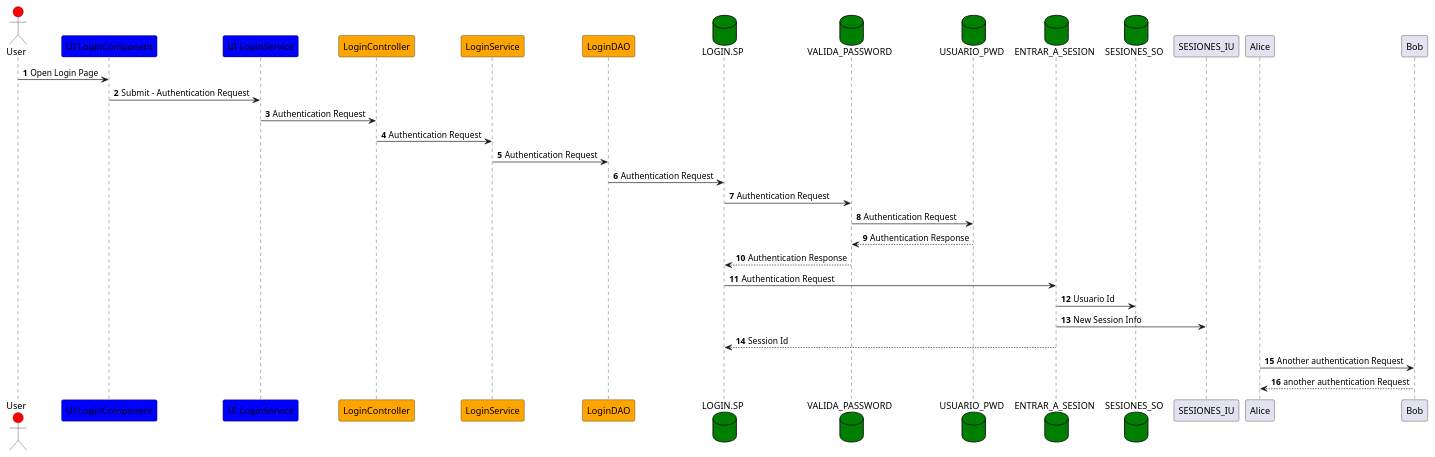
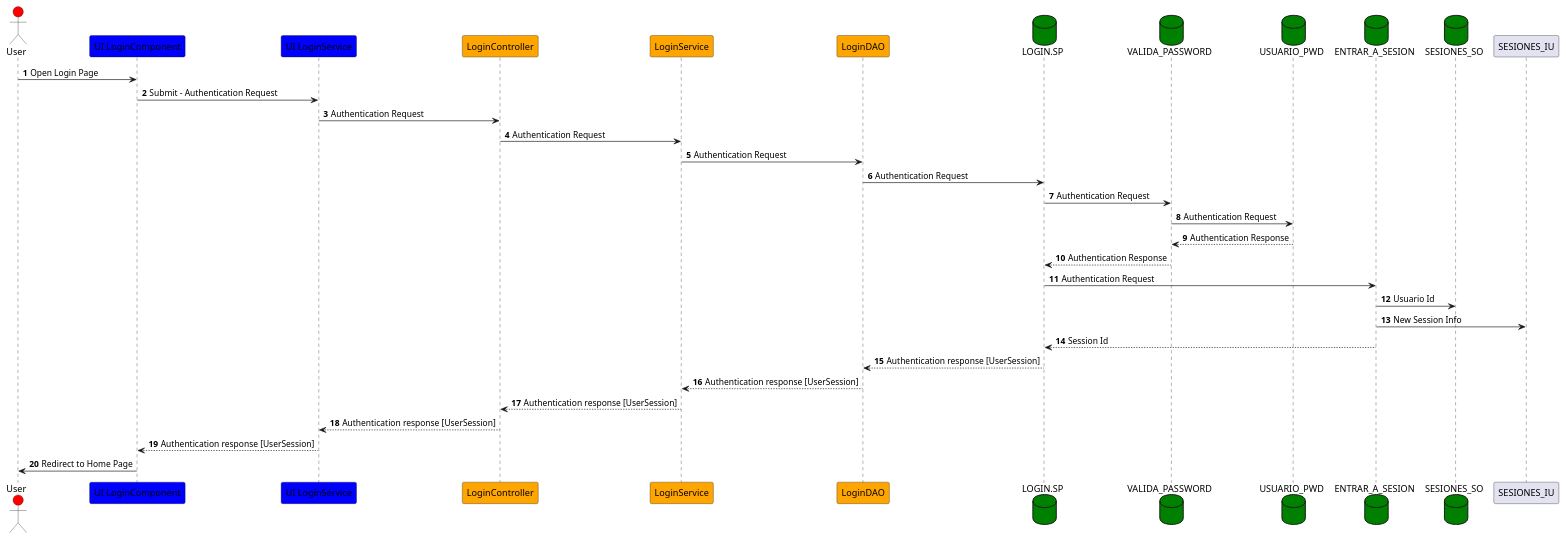
Before and after one commit to isidrolv/home-bank-springboot: the diagram in src/main/resources/docs/Login - Sequence.puml, drawn with PlantUML. The commit also changed 14 other files, not shown here.

```diff
--- a/src/main/resources/docs/Login - Sequence.puml
+++ b/src/main/resources/docs/Login - Sequence.puml
@@ -1,37 +1,42 @@
 @startuml
 'https://plantuml.com/sequence-diagram
 
 autonumber
 
 actor User as usr #red
 participant "UI LoginComponent" as UILogin #blue
 participant "UI LoginService" as UILoginSvc #blue
 participant "LoginController" as LoginController #orange
 participant "LoginService" as LoginService #orange
 participant "LoginDAO" as LoginDAO #orange
 database "LOGIN.SP" as LOGIN #green
 database "VALIDA_PASSWORD" as VALIDA_PASSWORD #green
 database "USUARIO_PWD" as USUARIO_PWD #green
 database "ENTRAR_A_SESION" as ENTRAR_A_SESION #green
 database "SESIONES_SO" as SESIONES_SO #green
 
 
 usr -> UILogin: Open Login Page
 UILogin -> UILoginSvc: Submit - Authentication Request
 UILoginSvc -> LoginController: Authentication Request
 LoginController -> LoginService: Authentication Request
 LoginService -> LoginDAO: Authentication Request
 LoginDAO -> LOGIN: Authentication Request
 LOGIN -> VALIDA_PASSWORD: Authentication Request
 VALIDA_PASSWORD -> USUARIO_PWD: Authentication Request
 USUARIO_PWD --> VALIDA_PASSWORD: Authentication Response
 VALIDA_PASSWORD --> LOGIN: Authentication Response
 LOGIN -> ENTRAR_A_SESION: Authentication Request
 ENTRAR_A_SESION -> SESIONES_SO: Usuario Id
 ENTRAR_A_SESION -> SESIONES_IU: New Session Info
 ENTRAR_A_SESION --> LOGIN: Session Id
+LOGIN --> LoginDAO: Authentication response [UserSession]
+LoginDAO --> LoginService: Authentication response [UserSession]
+LoginService --> LoginController: Authentication response [UserSession]
+LoginController --> UILoginSvc: Authentication response [UserSession]
+UILoginSvc --> UILogin: Authentication response [UserSession]
+UILogin -> usr: Redirect to Home Page
 
 
-Alice -> Bob: Another authentication Request
-Alice <-- Bob: another authentication Request
+
 @enduml
```
